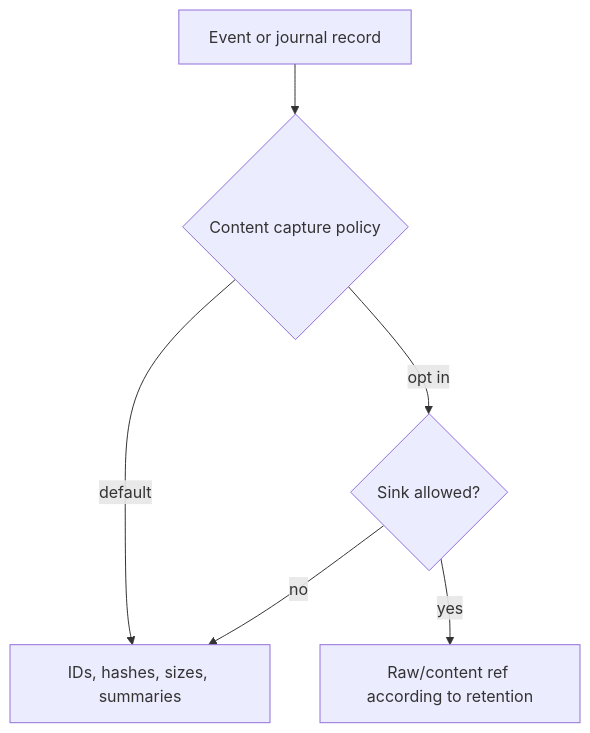
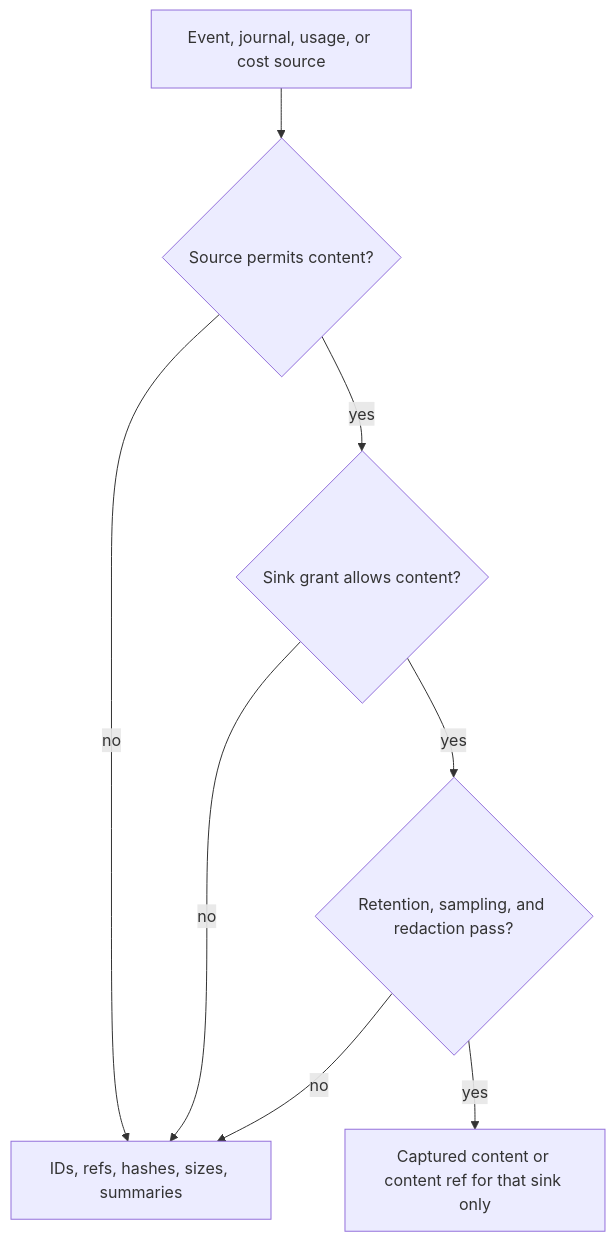
The diagram in docs/contracts/telemetry-privacy-contract.md (heyclawdia/clawdia_sdk), drawn with Mermaid before and after one commit. The commit also changed other lines of this file and 20 other files, not shown here.

````diff
--- a/docs/contracts/telemetry-privacy-contract.md
+++ b/docs/contracts/telemetry-privacy-contract.md
@@ -82,8 +45,10 @@
 ```mermaid
 flowchart TD
-  A["Event or journal record"] --> B{"Content capture policy"}
-  B -->|default| C["IDs, hashes, sizes, summaries"]
-  B -->|opt in| D{"Sink allowed?"}
+  A["Event, journal, usage, or cost source"] --> B{"Source permits content?"}
+  B -->|no| C["IDs, refs, hashes, sizes, summaries"]
+  B -->|yes| D{"Sink grant allows content?"}
   D -->|no| C
-  D -->|yes| E["Raw/content ref according to retention"]
+  D -->|yes| E{"Retention, sampling, and redaction pass?"}
+  E -->|no| C
+  E -->|yes| F["Captured content or content ref for that sink only"]
 ```
````
